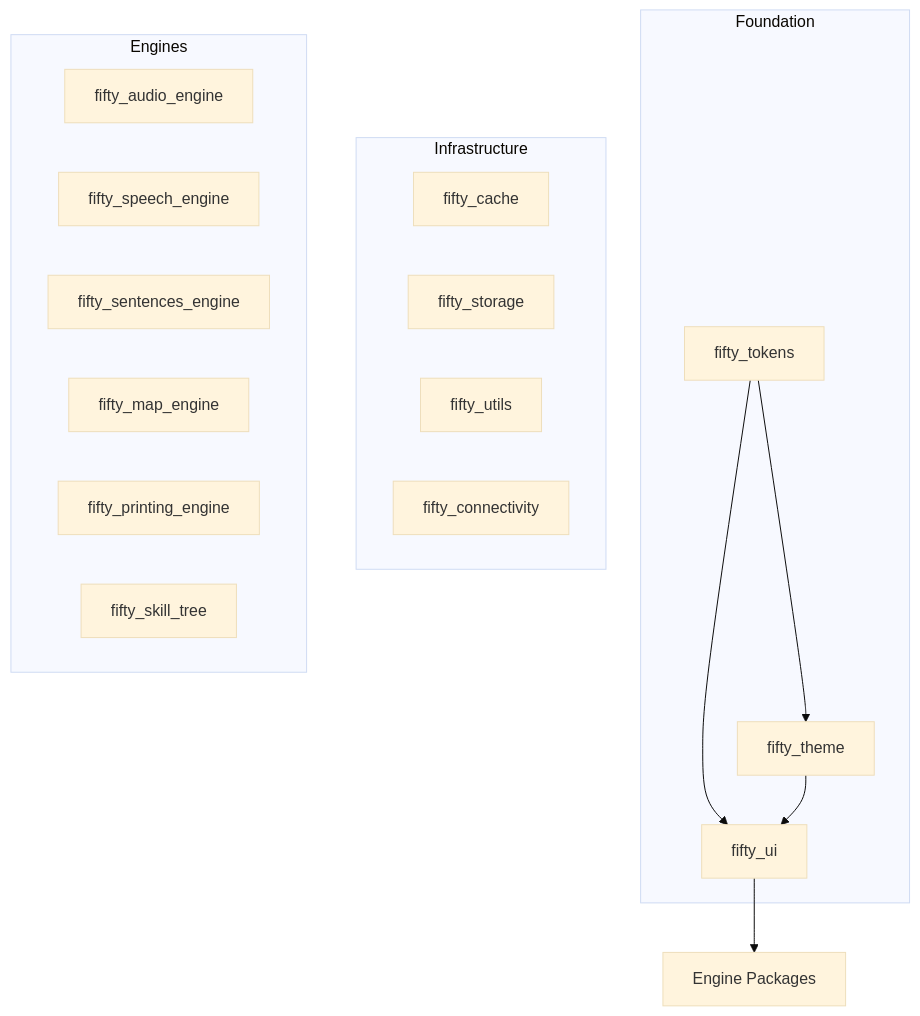
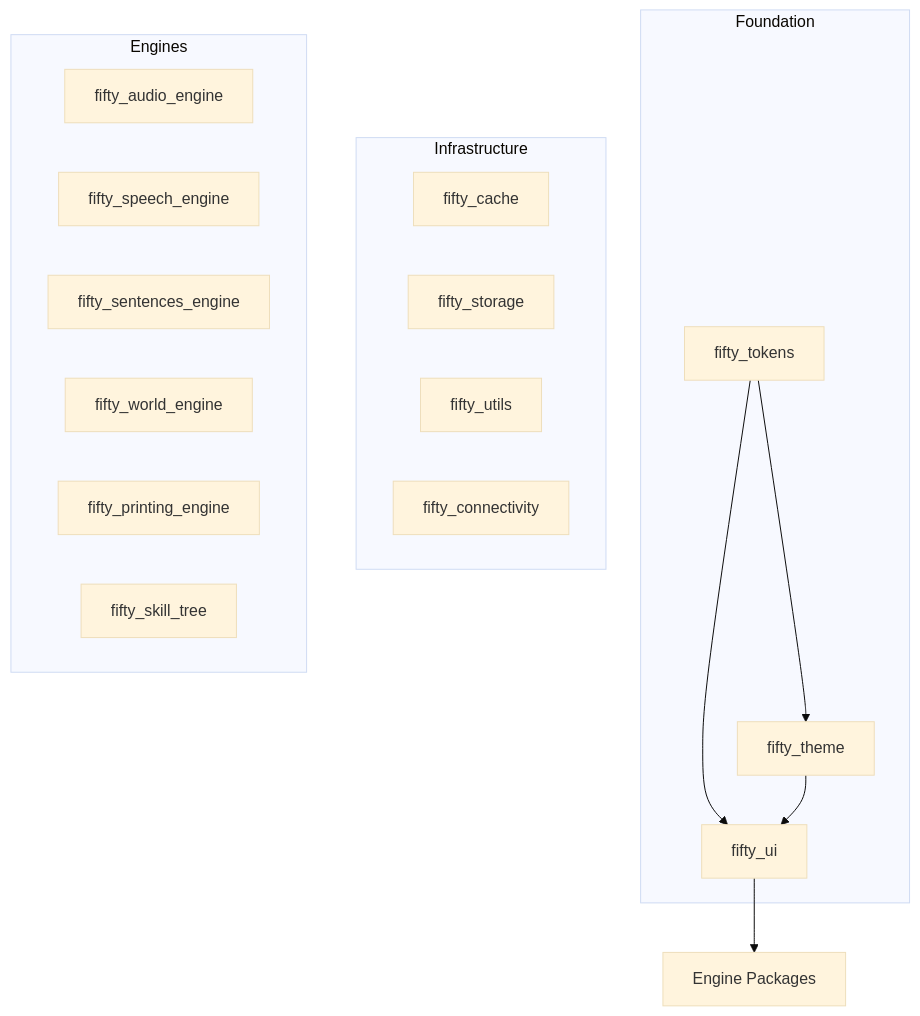
The diagram in design_system/fifty_design_system.md (fiftynotai/fifty_flutter_kit), drawn with Mermaid (base theme) before and after one commit. The commit also changed other lines of this file and 218 other files, not shown here.

First line of the commit message:
refactor: rename fifty_map_engine → fifty_world_engine

````diff
--- a/design_system/fifty_design_system.md
+++ b/design_system/fifty_design_system.md
@@ -253,29 +253,29 @@
 ```mermaid
 graph TD
     A[fifty_tokens] --> B[fifty_theme]
     A --> C[fifty_ui]
     B --> C
     C --> D[Engine Packages]
 
     subgraph Foundation
         A
         B
         C
     end
 
     subgraph Infrastructure
         E[fifty_cache]
         F[fifty_storage]
         G[fifty_utils]
         H[fifty_connectivity]
     end
 
     subgraph Engines
         I[fifty_audio_engine]
         J[fifty_speech_engine]
         K[fifty_sentences_engine]
-        L[fifty_map_engine]
+        L[fifty_world_engine]
         M[fifty_printing_engine]
         N[fifty_skill_tree]
     end
 ```
````
